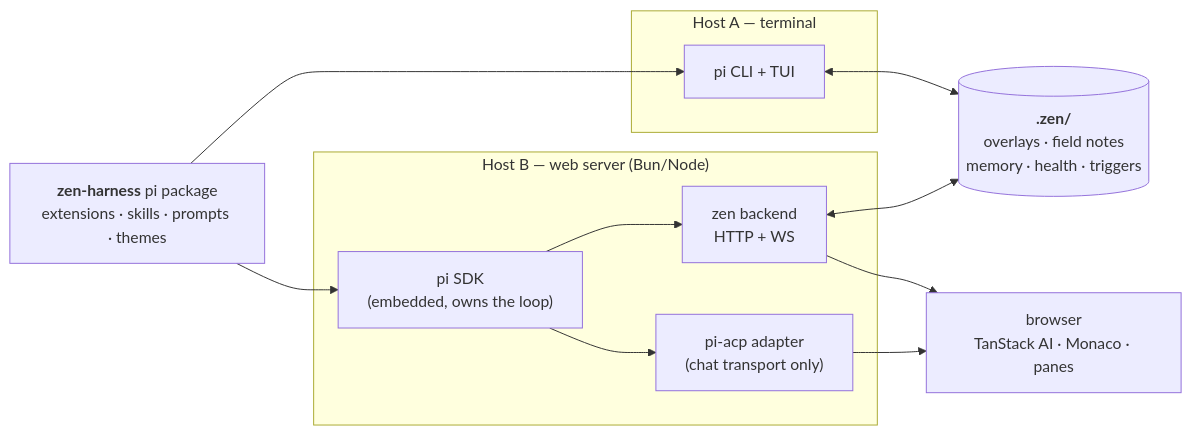
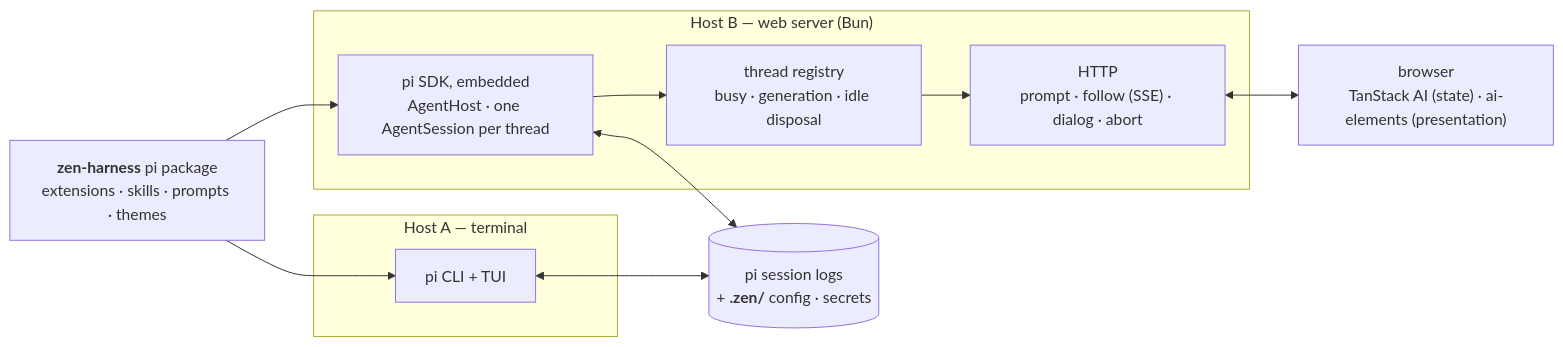
Before and after one commit to dopamine911/enso-harness: the first of 6 diagrams in docs/architecture.md, drawn with Mermaid. The commit also changed other lines of this file and 1 other file, not shown here.

First line of the commit message:
architecture.md: the control plane as built (#102), and the storage seam pinned

````diff
--- a/docs/architecture.md
+++ b/docs/architecture.md
@@ -37,25 +38,23 @@
 ```mermaid
 graph LR
   subgraph termhost["Host A — terminal"]
     PITUI["pi CLI + TUI"]
   end
 
-  subgraph webhost["Host B — web server (Bun/Node)"]
-    SDK["pi SDK<br/>(embedded, owns the loop)"]
-    API["zen backend<br/>HTTP + WS"]
-    ACPA["pi-acp adapter<br/>(chat transport only)"]
+  subgraph webhost["Host B — web server (Bun)"]
+    SDK["pi SDK, embedded<br/>AgentHost · one AgentSession per thread"]
+    REG["thread registry<br/>busy · generation · idle disposal"]
+    HTTP["HTTP<br/>prompt · follow (SSE) · dialog · abort"]
   end
 
   PKG["<b>zen-harness</b> pi package<br/>extensions · skills · prompts · themes"]
-  STATE[("<b>.zen/</b><br/>overlays · field notes<br/>memory · health · triggers")]
-  BROWSER["browser<br/>TanStack AI · Monaco · panes"]
+  STATE[("pi session logs<br/>+ <b>.zen/</b> config · secrets")]
+  BROWSER["browser<br/>TanStack AI (state) · ai-elements (presentation)"]
 
   PKG --> PITUI
   PKG --> SDK
   PITUI <--> STATE
-  API <--> STATE
-  SDK --> API
-  API --> BROWSER
-  ACPA --> BROWSER
-  SDK --> ACPA
+  SDK <--> STATE
+  SDK --> REG --> HTTP
+  HTTP <--> BROWSER
 ```
````
